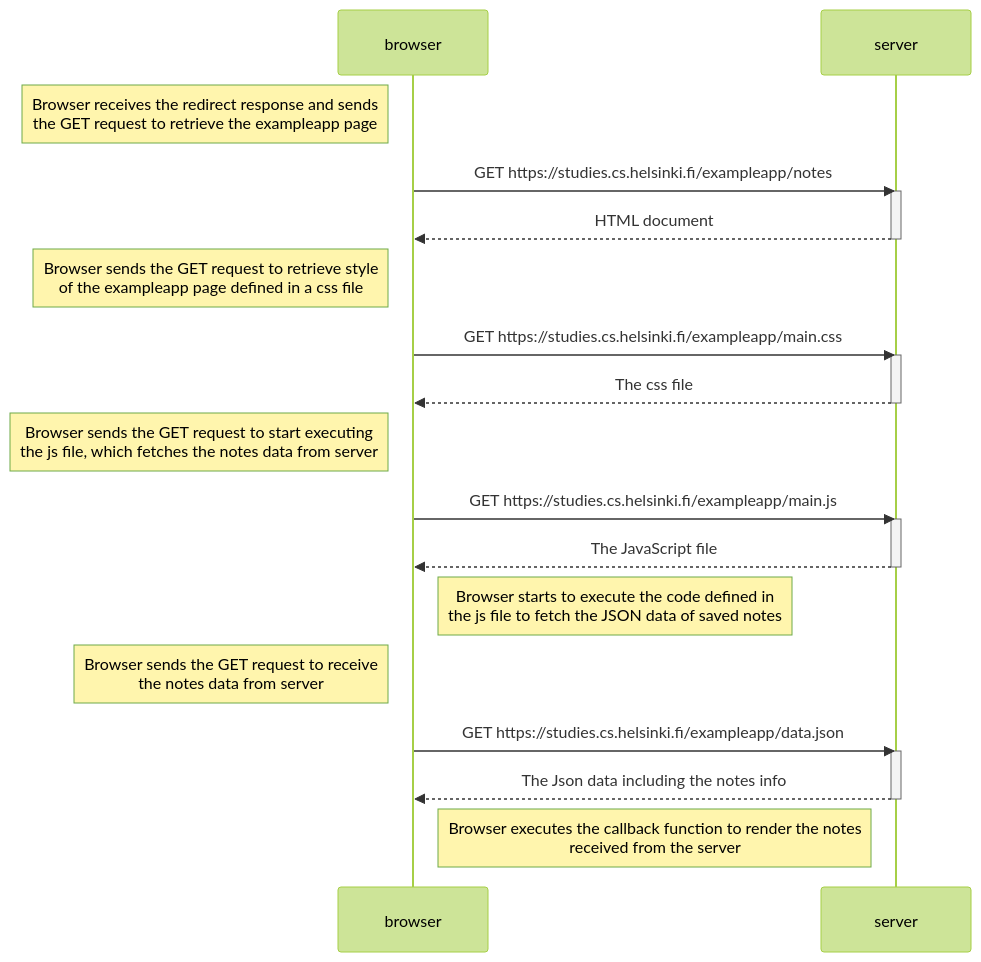
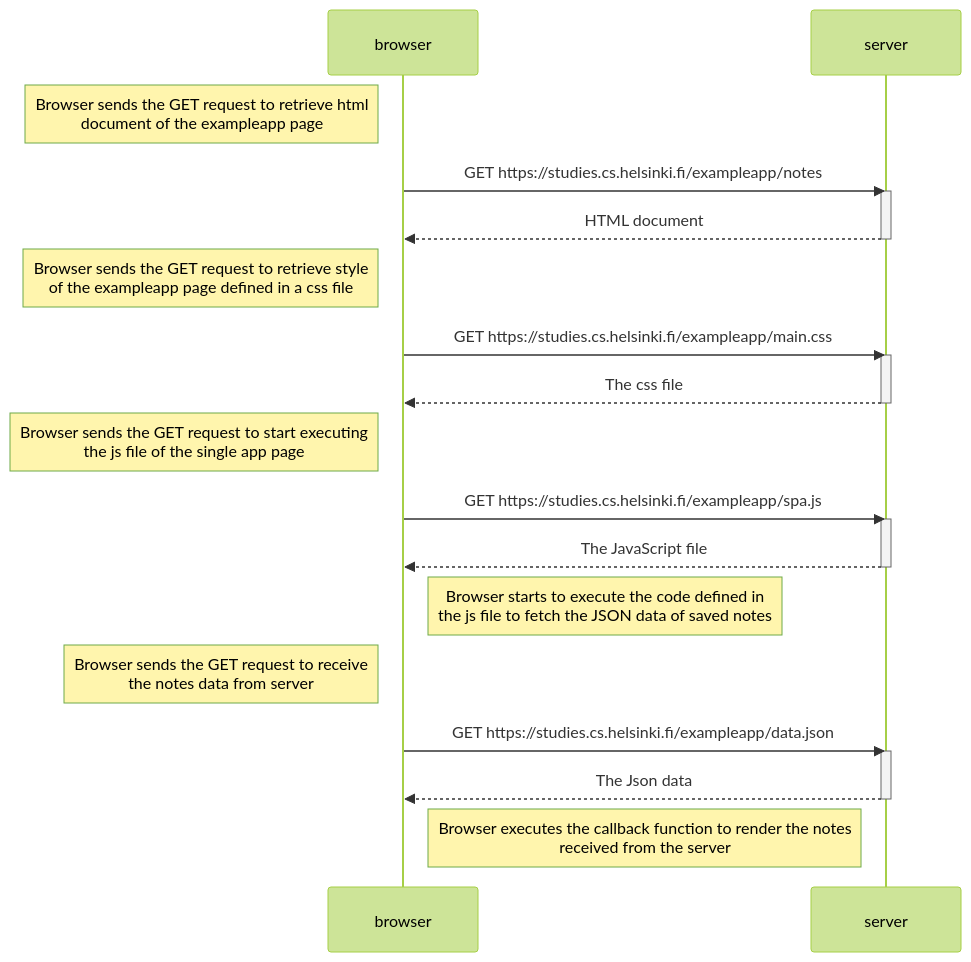
One commit to oskarioksanen/fullstack_open_palautusrepo changed the diagram in osa0/0_5_opening_spa.md. Above: the diagram before and after it, drawn with Mermaid (forest theme).

````diff
--- a/osa0/0_5_opening_spa.md
+++ b/osa0/0_5_opening_spa.md
@@ -3,31 +3,31 @@
 ```mermaid
 sequenceDiagram
     participant browser
     participant server
     
-    Note left of browser: Browser receives the redirect response and sends<br/>the GET request to retrieve the exampleapp page
+    Note left of browser: Browser sends the GET request to retrieve html<br/>document of the exampleapp page
     browser->>server: GET https://studies.cs.helsinki.fi/exampleapp/notes
     activate server
     server-->>browser: HTML document
     deactivate server
 
     Note left of browser: Browser sends the GET request to retrieve style<br/>of the exampleapp page defined in a css file
     browser->>server: GET https://studies.cs.helsinki.fi/exampleapp/main.css
     activate server
     server-->>browser: The css file
     deactivate server
 
-    Note left of browser: Browser sends the GET request to start executing<br/>the js file, which fetches the notes data from server
-    browser->>server: GET https://studies.cs.helsinki.fi/exampleapp/main.js
+    Note left of browser: Browser sends the GET request to start executing<br/>the js file of the single app page
+    browser->>server: GET https://studies.cs.helsinki.fi/exampleapp/spa.js
     activate server
     server-->>browser: The JavaScript file
     deactivate server
     Note right of browser: Browser starts to execute the code defined in<br/>the js file to fetch the JSON data of saved notes
 
     Note left of browser: Browser sends the GET request to receive<br/>the notes data from server
     browser->>server: GET https://studies.cs.helsinki.fi/exampleapp/data.json
     activate server
-    server-->>browser: The Json data including the notes info
+    server-->>browser: The Json data
     deactivate server
     Note right of browser: Browser executes the callback function to render the notes<br/>received from the server
 ```
````
